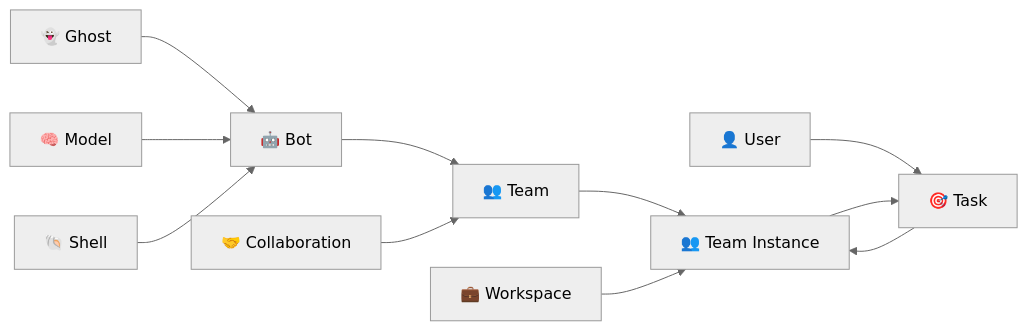
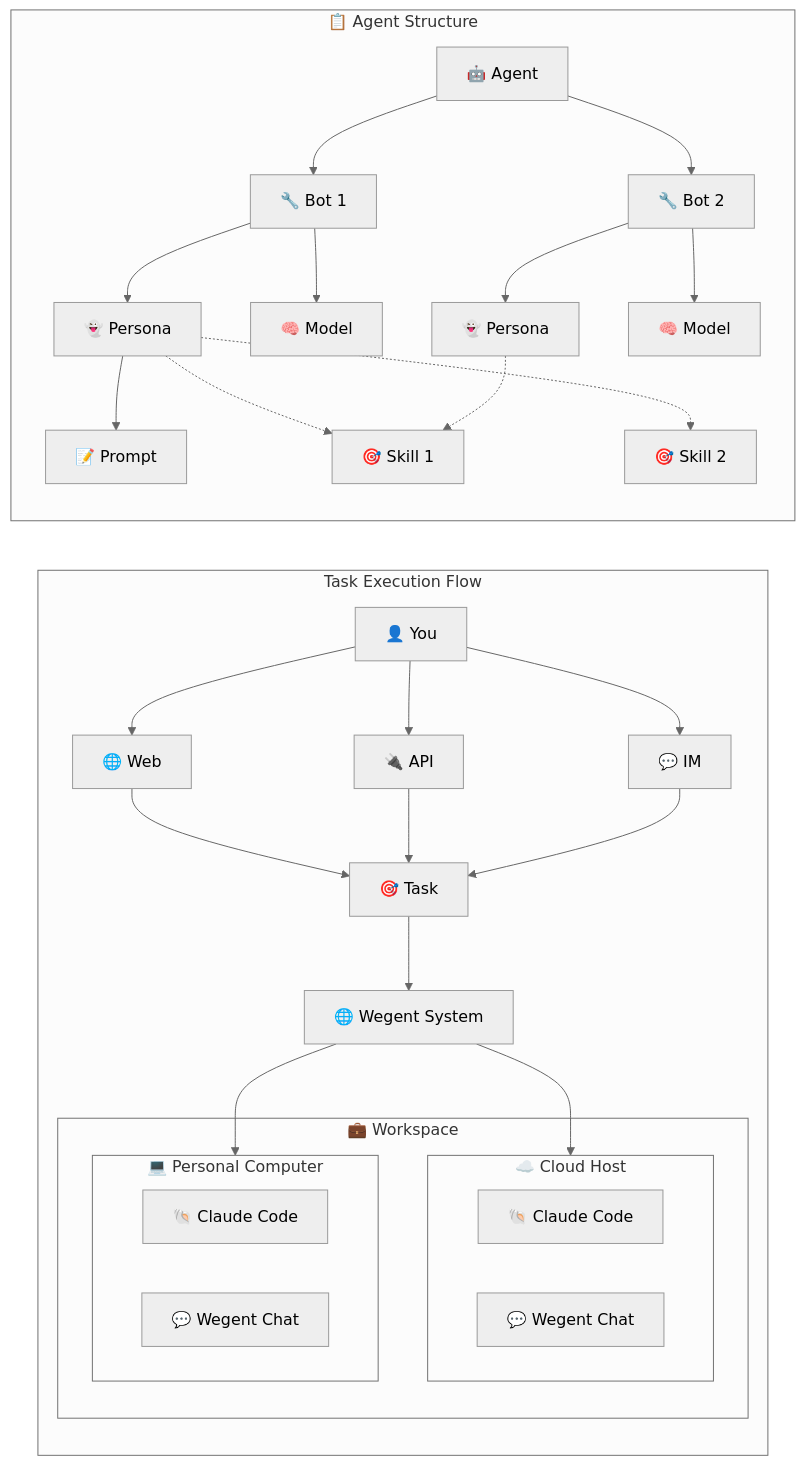
One commit to wecode-ai/Wegent changed the diagram in docs/en/concepts/core-concepts.md. Above: the diagram before and after it, drawn with Mermaid (neutral theme). The commit also changed other lines of this file and 3 other files, not shown here.

````diff
--- a/docs/en/concepts/core-concepts.md
+++ b/docs/en/concepts/core-concepts.md
@@ -351,13 +98,60 @@
 ```mermaid
 graph LR
-    Ghost["👻 Ghost"] --> Bot["🤖 Bot"]
-    Model["🧠 Model"] --> Bot
-    Shell["🐚 Shell"] --> Bot
-    Bot --> Team["👥 Team"]
-    Collaboration["🤝 Collaboration"] --> Team
-    Team --> TeamInstance["👥 Team Instance"]
-    Workspace["💼 Workspace"] --> TeamInstance
-    User["👤 User"] --> Task["🎯 Task"]
-    Task --> TeamInstance
-    TeamInstance --> Task
+    subgraph Main["Task Execution Flow"]
+        direction TB
+        User["👤 You"]
+        Web["🌐 Web"]
+        API["🔌 API"]
+        IM["💬 IM"]
+        Task["🎯 Task"]
+        Wegent["🌐 Wegent System"]
+        
+        User --> Web
+        User --> API
+        User --> IM
+        Web --> Task
+        API --> Task
+        IM --> Task
+        Task --> Wegent
+        
+        subgraph Workspace["💼 Workspace"]
+            subgraph Cloud["☁️ Cloud Host"]
+                ClaudeCode1["🐚 Claude Code"]
+                WegentChat1["💬 Wegent Chat"]
+            end
+            
+            subgraph PC["💻 Personal Computer"]
+                ClaudeCode2["🐚 Claude Code"]
+                WegentChat2["💬 Wegent Chat"]
+            end
+        end
+        
+        Wegent --> Cloud
+        Wegent --> PC
+    end
+    
+    subgraph AgentDetail["📋 Agent Structure"]
+        direction TB
+        AgentNote["🤖 Agent"]
+        Bot1["🔧 Bot 1"]
+        Bot2["🔧 Bot 2"]
+        Ghost1["👻 Persona"]
+        Model1["🧠 Model"]
+        Ghost2["👻 Persona"]
+        Model2["🧠 Model"]
+        Prompt1["📝 Prompt"]
+        Skill1["🎯 Skill 1"]
+        Skill2["🎯 Skill 2"]
+        
+        AgentNote --> Bot1
+        AgentNote --> Bot2
+        Bot1 --> Ghost1
+        Bot1 --> Model1
+        Bot2 --> Ghost2
+        Bot2 --> Model2
+        Ghost1 --> Prompt1
+        Ghost1 -.-> Skill1
+        Ghost1 -.-> Skill2
+        Ghost2 -.-> Skill1
+    end
 ```
````
